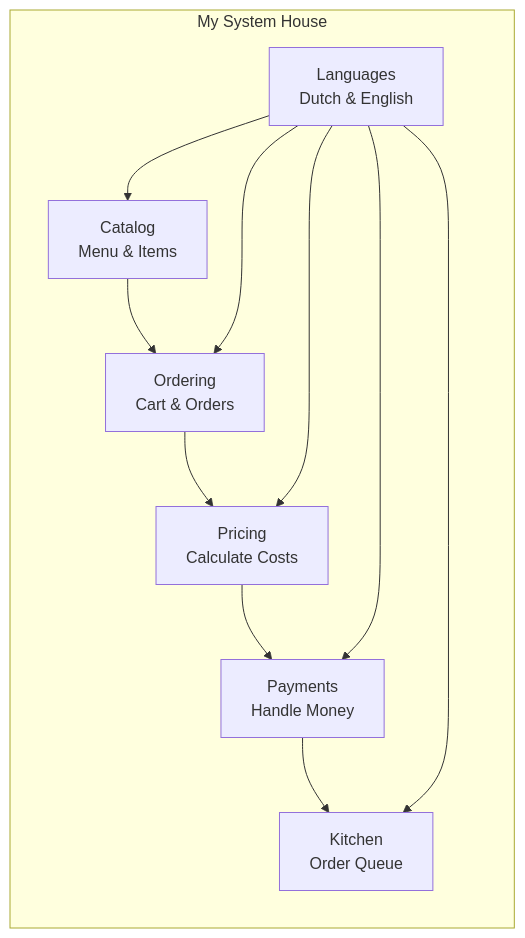
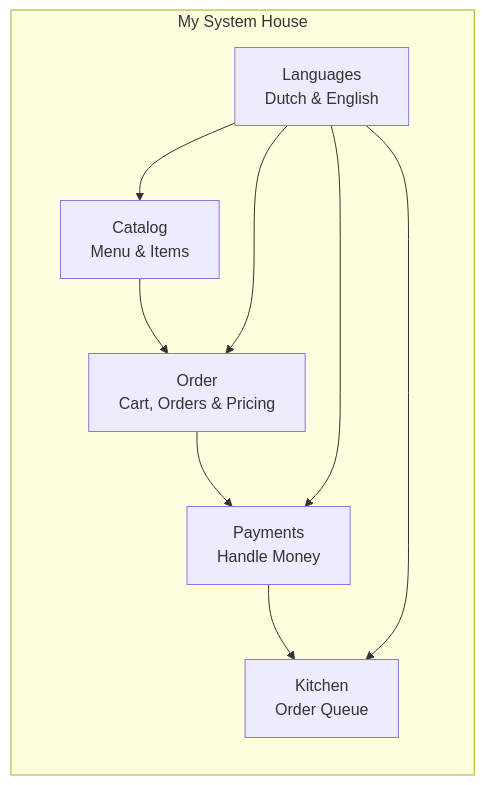
Before and after one commit to Sporidis/frituur-ordering-system: the second of 12 diagrams in docs/TECHNICAL_DESIGN.md, drawn with Mermaid. The commit also changed other lines of this file and 248 other files, not shown here.

Commit message:
refactor: implement OutputPort pattern and improve backend architecture

````diff
--- a/docs/TECHNICAL_DESIGN.md
+++ b/docs/TECHNICAL_DESIGN.md
@@ -63,21 +62,18 @@
 ```mermaid
 graph LR
     subgraph "My System House"
         A[Catalog<br/>Menu & Items]
-        B[Ordering<br/>Cart & Orders]
-        C[Pricing<br/>Calculate Costs]
+        B[Order<br/>Cart, Orders & Pricing]
         D[Payments<br/>Handle Money]
         E[Kitchen<br/>Order Queue]
         F[Languages<br/>Dutch & English]
     end
     
     A --> B
-    B --> C
-    C --> D
+    B --> D
     D --> E
     F --> A
     F --> B
-    F --> C
     F --> D
     F --> E
 ```
````
